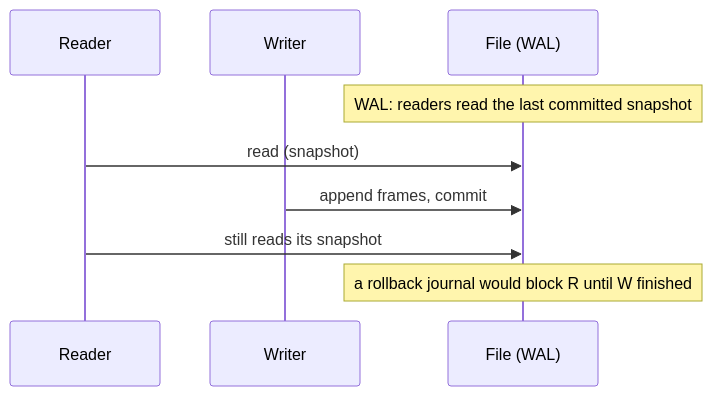
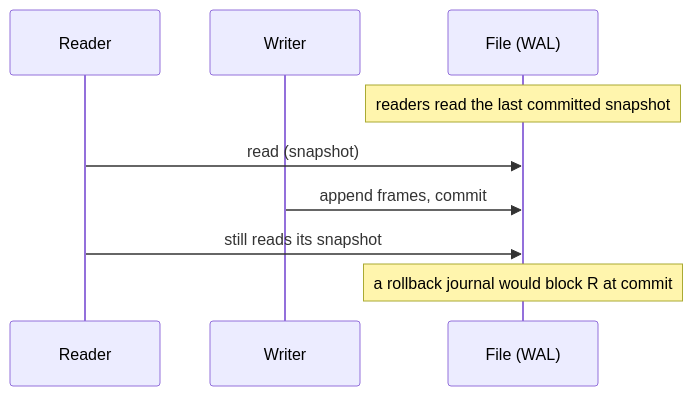
One commit to theakhandpatel/querycraft changed the diagram in web/src/data/content/r1.md. Above: the diagram before and after it, drawn with Mermaid. The commit also changed other lines of this file and 61 other files, not shown here.

````diff
--- a/web/src/data/content/r1.md
+++ b/web/src/data/content/r1.md
@@ -9,11 +40,11 @@
 ```mermaid
 sequenceDiagram
     participant R as Reader
     participant W as Writer
     participant F as File (WAL)
-    Note over F: WAL: readers read the last committed snapshot
+    Note over F: readers read the last committed snapshot
     R->>F: read (snapshot)
     W->>F: append frames, commit
     R->>F: still reads its snapshot
-    Note over F: a rollback journal would block R until W finished
+    Note over F: a rollback journal would block R at commit
 ```
````
